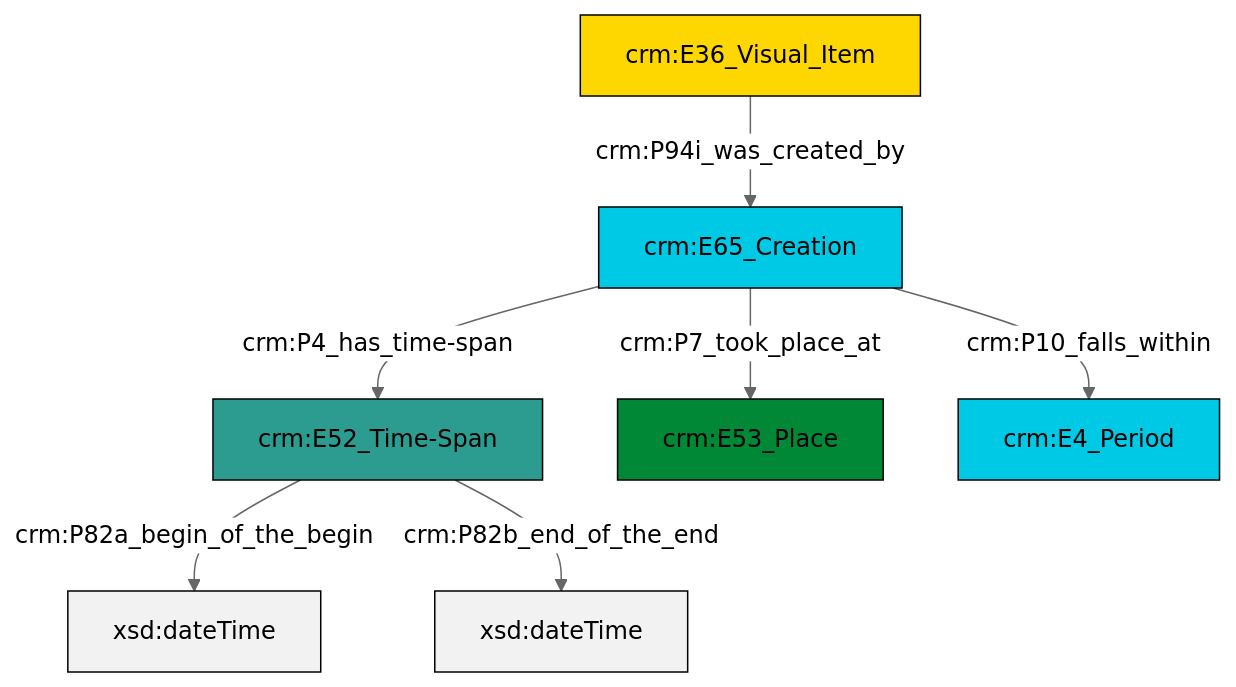
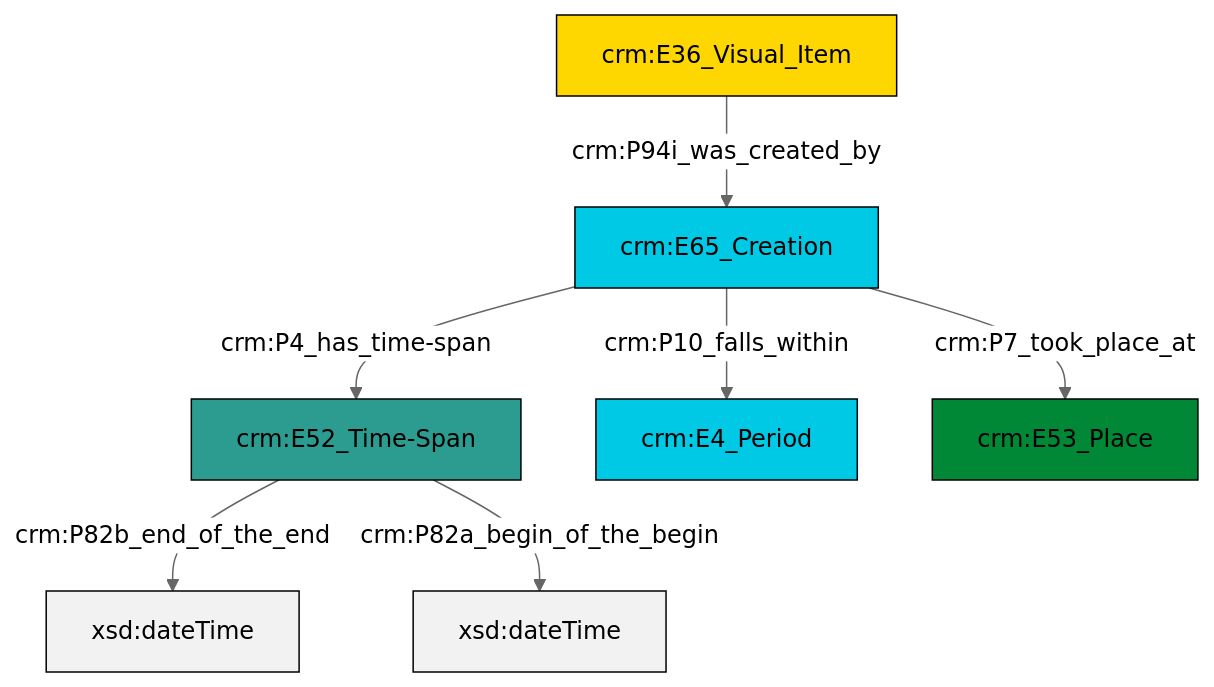
The diagram in et/imgCSV/ttl/mmd/img_existence.ttl.mmd (swiss-art-research-net/docs.swissartresearch), drawn with Mermaid (neutral theme) before and after one commit. The commit also changed 172 other files, not shown here.

```diff
--- a/et/imgCSV/ttl/mmd/img_existence.ttl.mmd
+++ b/et/imgCSV/ttl/mmd/img_existence.ttl.mmd
@@ -1,21 +1,21 @@
 graph TD
 classDef Literal fill:#f2f2f2,stroke:#000000;
 classDef CRM_Entity fill:#FFFFFF,stroke:#000000;
 classDef Temporal_Entity fill:#00C9E6, stroke:#000000;
 classDef Type fill:#E18312, stroke:#000000;
 classDef Time-Span fill:#2C9C91, stroke:#000000;
 classDef Appellation fill:#FFEB7F, stroke:#000000;
 classDef Place fill:#008836, stroke:#000000;
 classDef Persistent_Item fill:#B266B2, stroke:#000000;
 classDef Conceptual_Object fill:#FFD700, stroke:#000000;
 classDef Physical_Thing fill:#D2B48C, stroke:#000000;
 classDef Actor fill:#f58aad, stroke:#000000;
 classDef PC_Classes fill:#4ce600, stroke:#000000;
 classDef Multi fill:#cccccc,stroke:#000000;
 
-0["crm:E52_Time-Span"]:::Time-Span -->|crm:P82a_begin_of_the_begin| 1[xsd:dateTime]:::Literal
-2["crm:E65_Creation"]:::Temporal_Entity -->|crm:P4_has_time-span| 0["crm:E52_Time-Span"]:::Time-Span
-0["crm:E52_Time-Span"]:::Time-Span -->|crm:P82b_end_of_the_end| 3[xsd:dateTime]:::Literal
-2["crm:E65_Creation"]:::Temporal_Entity -->|crm:P7_took_place_at| 4["crm:E53_Place"]:::Place
-7["crm:E36_Visual_Item"]:::Conceptual_Object -->|crm:P94i_was_created_by| 2["crm:E65_Creation"]:::Temporal_Entity
-2["crm:E65_Creation"]:::Temporal_Entity -->|crm:P10_falls_within| 9["crm:E4_Period"]:::Temporal_Entity
+2["crm:E52_Time-Span"]:::Time-Span -->|crm:P82b_end_of_the_end| 3[xsd:dateTime]:::Literal
+2["crm:E52_Time-Span"]:::Time-Span -->|crm:P82a_begin_of_the_begin| 6[xsd:dateTime]:::Literal
+0["crm:E36_Visual_Item"]:::Conceptual_Object -->|crm:P94i_was_created_by| 4["crm:E65_Creation"]:::Temporal_Entity
+4["crm:E65_Creation"]:::Temporal_Entity -->|crm:P10_falls_within| 7["crm:E4_Period"]:::Temporal_Entity
+4["crm:E65_Creation"]:::Temporal_Entity -->|crm:P7_took_place_at| 9["crm:E53_Place"]:::Place
+4["crm:E65_Creation"]:::Temporal_Entity -->|crm:P4_has_time-span| 2["crm:E52_Time-Span"]:::Time-Span
```
